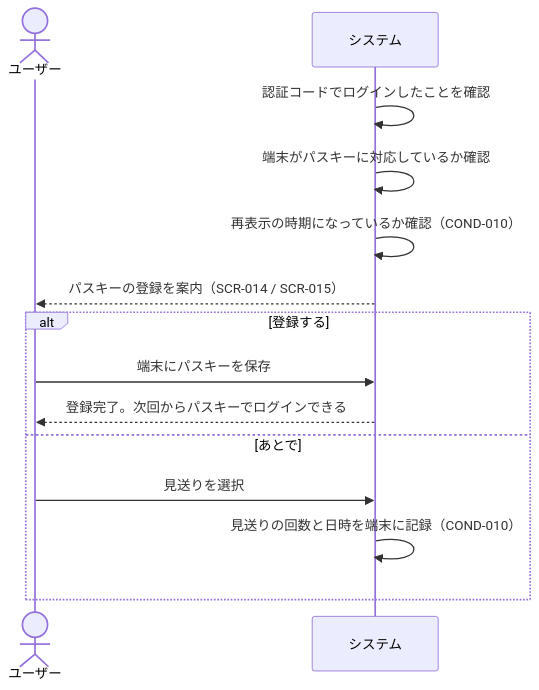
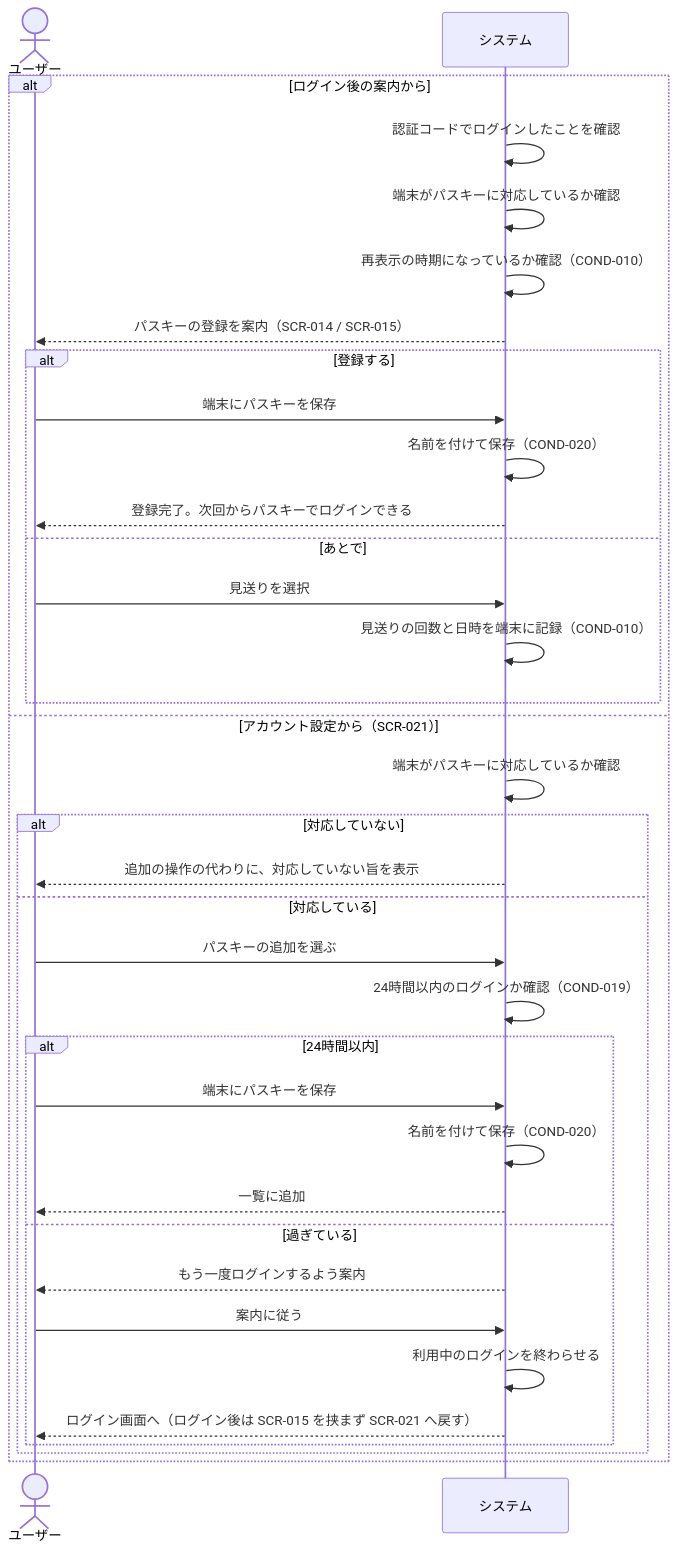
The fourth of 9 diagrams in rdra/contexts/user-authentication.md (gdsc-osaka/iclub-reserve), drawn with Mermaid before and after one commit. The commit also changed other lines of this file and 8 other files, not shown here.

````diff
--- a/rdra/contexts/user-authentication.md
+++ b/rdra/contexts/user-authentication.md
@@ -268,17 +401,38 @@
 ```mermaid
 sequenceDiagram
     actor ユーザー
     participant システム
 
-    システム->>システム: 認証コードでログインしたことを確認
-    システム->>システム: 端末がパスキーに対応しているか確認
-    システム->>システム: 再表示の時期になっているか確認（COND-010）
-    システム-->>ユーザー: パスキーの登録を案内（SCR-014 / SCR-015）
-    alt 登録する
-        ユーザー->>システム: 端末にパスキーを保存
-        システム-->>ユーザー: 登録完了。次回からパスキーでログインできる
-    else あとで
-        ユーザー->>システム: 見送りを選択
-        システム->>システム: 見送りの回数と日時を端末に記録（COND-010）
+    alt ログイン後の案内から
+        システム->>システム: 認証コードでログインしたことを確認
+        システム->>システム: 端末がパスキーに対応しているか確認
+        システム->>システム: 再表示の時期になっているか確認（COND-010）
+        システム-->>ユーザー: パスキーの登録を案内（SCR-014 / SCR-015）
+        alt 登録する
+            ユーザー->>システム: 端末にパスキーを保存
+            システム->>システム: 名前を付けて保存（COND-020）
+            システム-->>ユーザー: 登録完了。次回からパスキーでログインできる
+        else あとで
+            ユーザー->>システム: 見送りを選択
+            システム->>システム: 見送りの回数と日時を端末に記録（COND-010）
+        end
+    else アカウント設定から（SCR-021）
+        システム->>システム: 端末がパスキーに対応しているか確認
+        alt 対応していない
+            システム-->>ユーザー: 追加の操作の代わりに、対応していない旨を表示
+        else 対応している
+            ユーザー->>システム: パスキーの追加を選ぶ
+            システム->>システム: 24時間以内のログインか確認（COND-019）
+            alt 24時間以内
+                ユーザー->>システム: 端末にパスキーを保存
+                システム->>システム: 名前を付けて保存（COND-020）
+                システム-->>ユーザー: 一覧に追加
+            else 過ぎている
+                システム-->>ユーザー: もう一度ログインするよう案内
+                ユーザー->>システム: 案内に従う
+                システム->>システム: 利用中のログインを終わらせる
+                システム-->>ユーザー: ログイン画面へ（ログイン後は SCR-015 を挟まず SCR-021 へ戻す）
+            end
+        end
     end
 ```
````
